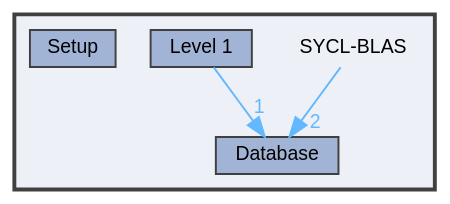
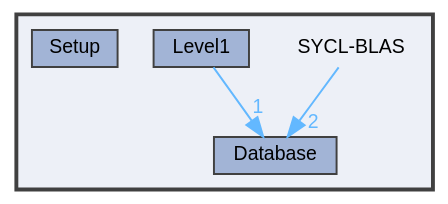
One commit to Mayukh-Banik/SYCL-BLAS changed the diagram in docs/dir_2e9f169625e7208e21be673b418e5949_dep.dot. Above: the diagram before and after it, drawn with Graphviz. The commit also changed 261 other files, not shown here.

```diff
--- a/docs/dir_2e9f169625e7208e21be673b418e5949_dep.dot
+++ b/docs/dir_2e9f169625e7208e21be673b418e5949_dep.dot
@@ -1,17 +1,17 @@
 digraph "SYCL-BLAS"
 {
  // LATEX_PDF_SIZE
   bgcolor="transparent";
   edge [fontname=Helvetica,fontsize=10,labelfontname=Helvetica,labelfontsize=10];
   node [fontname=Helvetica,fontsize=10,shape=box,height=0.2,width=0.4];
   compound=true
   subgraph clusterdir_2e9f169625e7208e21be673b418e5949 {
     graph [ bgcolor="#edf0f7", pencolor="grey25", label="", fontname=Helvetica,fontsize=10 style="filled,bold", URL="dir_2e9f169625e7208e21be673b418e5949.html",tooltip=""]
     dir_2e9f169625e7208e21be673b418e5949 [shape=plaintext, label="SYCL-BLAS"];
   dir_8070875571067a96e036d351d93dad98 [label="Database", fillcolor="#a2b4d6", color="grey25", style="filled", URL="dir_8070875571067a96e036d351d93dad98.html",tooltip=""];
-  dir_4bdbafa1a890e85c566b99a7d5528745 [label="Level 1", fillcolor="#a2b4d6", color="grey25", style="filled", URL="dir_4bdbafa1a890e85c566b99a7d5528745.html",tooltip=""];
+  dir_5bb06d80528fc1e7fcde346bcbb3018c [label="Level1", fillcolor="#a2b4d6", color="grey25", style="filled", URL="dir_5bb06d80528fc1e7fcde346bcbb3018c.html",tooltip=""];
   dir_2cf803bbad5736ac46e5b9bef0403cf0 [label="Setup", fillcolor="#a2b4d6", color="grey25", style="filled", URL="dir_2cf803bbad5736ac46e5b9bef0403cf0.html",tooltip=""];
   }
-  dir_2e9f169625e7208e21be673b418e5949->dir_8070875571067a96e036d351d93dad98 [headlabel="2", labeldistance=1.5 headhref="dir_000004_000001.html" href="dir_000004_000001.html" color="steelblue1" fontcolor="steelblue1"];
-  dir_4bdbafa1a890e85c566b99a7d5528745->dir_8070875571067a96e036d351d93dad98 [headlabel="1", labeldistance=1.5 headhref="dir_000002_000001.html" href="dir_000002_000001.html" color="steelblue1" fontcolor="steelblue1"];
+  dir_2e9f169625e7208e21be673b418e5949->dir_8070875571067a96e036d351d93dad98 [headlabel="2", labeldistance=1.5 headhref="dir_000006_000002.html" href="dir_000006_000002.html" color="steelblue1" fontcolor="steelblue1"];
+  dir_5bb06d80528fc1e7fcde346bcbb3018c->dir_8070875571067a96e036d351d93dad98 [headlabel="1", labeldistance=1.5 headhref="dir_000004_000002.html" href="dir_000004_000002.html" color="steelblue1" fontcolor="steelblue1"];
 }
```
